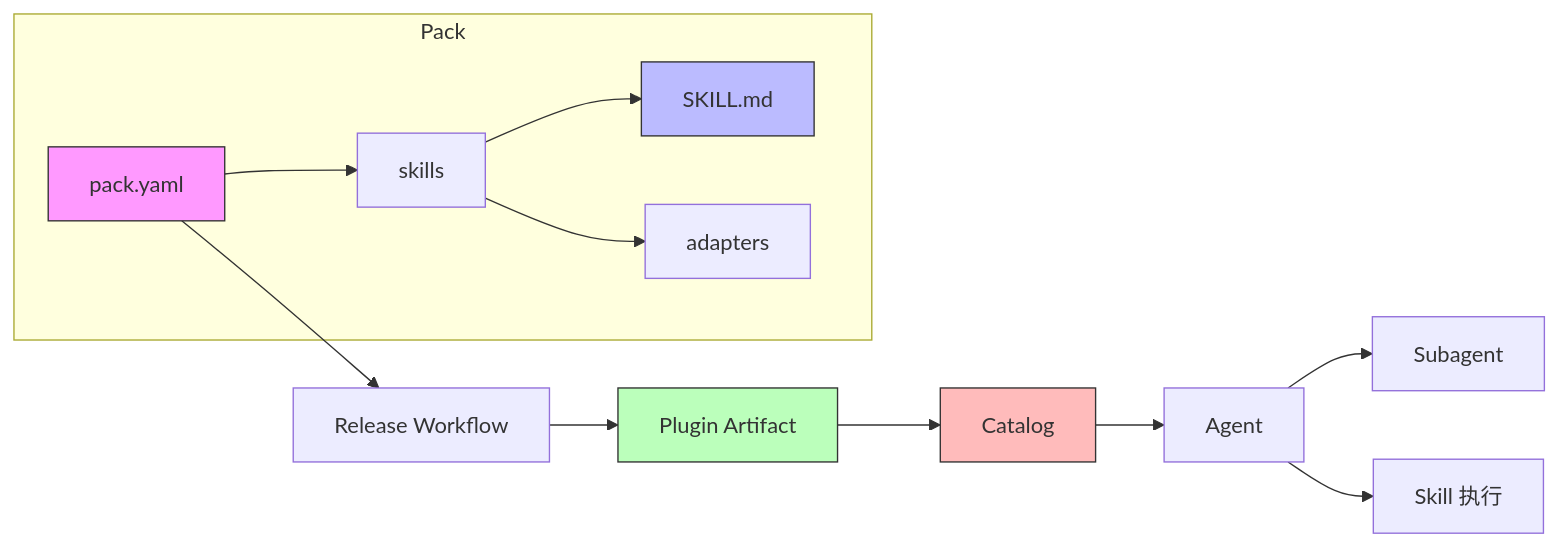
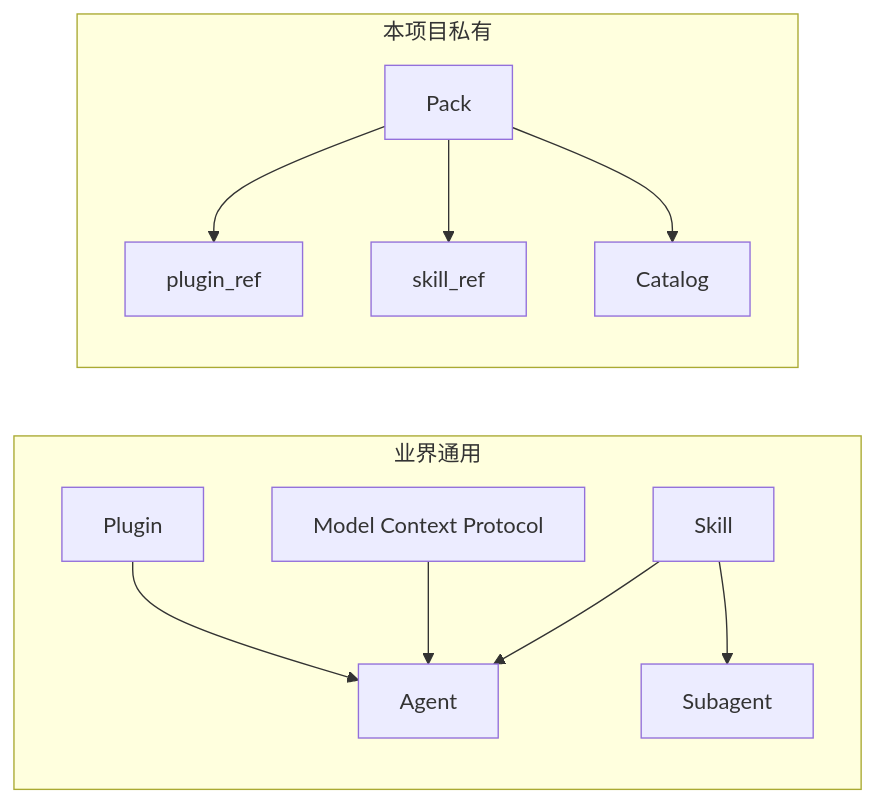
The diagram in docs/CONCEPTS.md (devbolin/skills), drawn with Mermaid before and after one commit. The commit also changed other lines of this file, not shown here.

````diff
--- a/docs/CONCEPTS.md
+++ b/docs/CONCEPTS.md
@@ -222,20 +186,25 @@
 ```mermaid
 flowchart LR
-  subgraph Pack
-    P[pack.yaml] --> S[skills]
-    S --> SK[SKILL.md]
-    S --> AD[adapters]
+  subgraph 业界通用
+    S[Skill]
+    A[Agent]
+    SA[Subagent]
+    MCP[Model Context Protocol]
+    P[Plugin]
   end
 
-  P --> R[Release Workflow]
-  R --> PL[Plugin Artifact]
-  PL --> C[Catalog]
-  C --> AG[Agent]
-  AG --> SA[Subagent]
-  AG --> SB[Skill 执行]
+  subgraph 本项目私有
+    PACK[Pack]
+    CAT[Catalog]
+    PR[plugin_ref]
+    SR[skill_ref]
+  end
 
-  style P fill:#f9f,stroke:#333
-  style SK fill:#bbf,stroke:#333
-  style PL fill:#bfb,stroke:#333
-  style C fill:#fbb,stroke:#333
+  PACK --> PR
+  PACK --> SR
+  PACK --> CAT
+  S --> A
+  S --> SA
+  MCP --> A
+  P --> A
 ```
````
